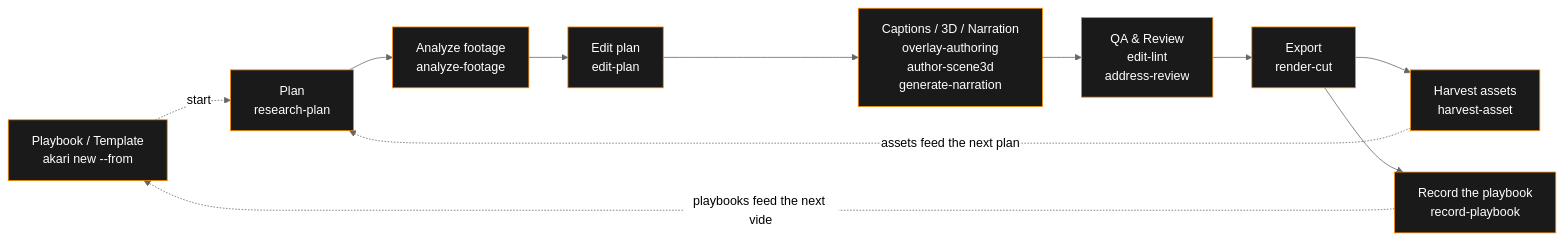
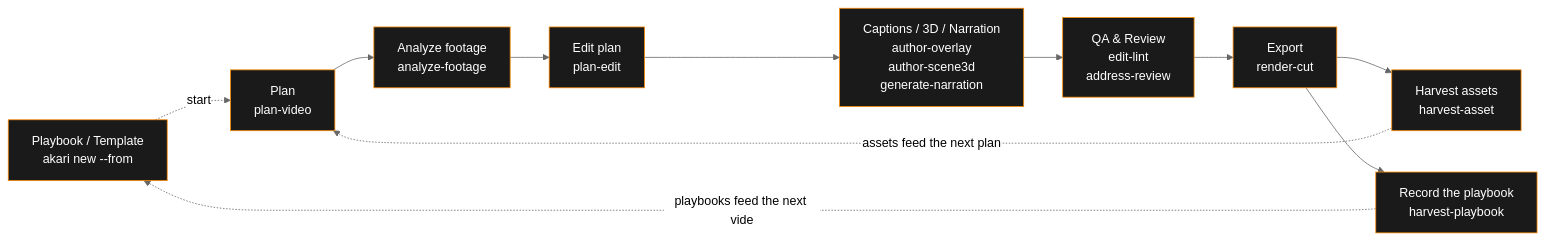
The diagram in README.md (AkariLabs/akari-video), drawn with Mermaid (neutral theme) before and after one commit. The commit also changed other lines of this file and 265 other files, not shown here.

````diff
--- a/README.md
+++ b/README.md
@@ -96,15 +96,15 @@
 ```mermaid
 flowchart LR
     P["Playbook / Template<br/>akari new --from"] -.start.-> A
-    A["Plan<br/>research-plan"] --> B["Analyze footage<br/>analyze-footage"]
-    B --> C["Edit plan<br/>edit-plan"]
-    C --> D["Captions / 3D / Narration<br/>overlay-authoring<br/>author-scene3d<br/>generate-narration"]
+    A["Plan<br/>plan-video"] --> B["Analyze footage<br/>analyze-footage"]
+    B --> C["Edit plan<br/>plan-edit"]
+    C --> D["Captions / 3D / Narration<br/>author-overlay<br/>author-scene3d<br/>generate-narration"]
     D --> E["QA & Review<br/>edit-lint<br/>address-review"]
     E --> F["Export<br/>render-cut"]
     F --> G["Harvest assets<br/>harvest-asset"]
-    F --> H["Record the playbook<br/>record-playbook"]
+    F --> H["Record the playbook<br/>harvest-playbook"]
     G -.assets feed the next plan.-> A
     H -.playbooks feed the next video.-> P
     classDef stage fill:#1a1a1a,stroke:#ff8a00,color:#ffffff
     class A,B,C,D,E,F,G,H,P stage
 ```
````
